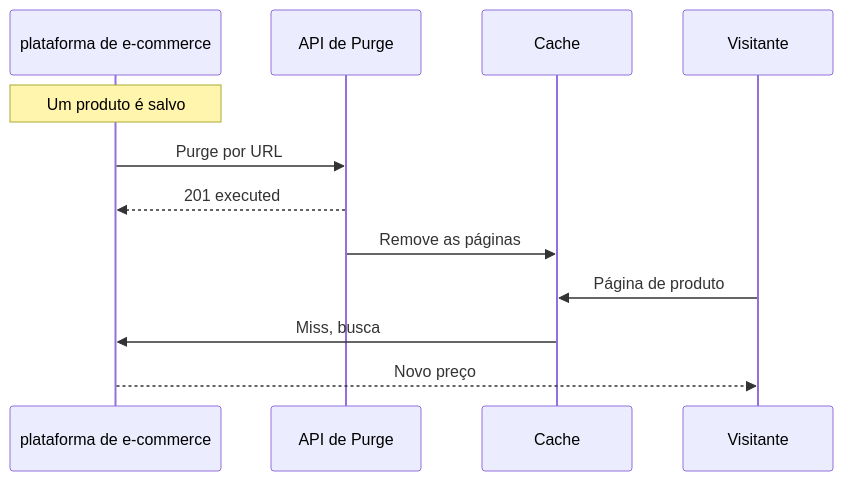
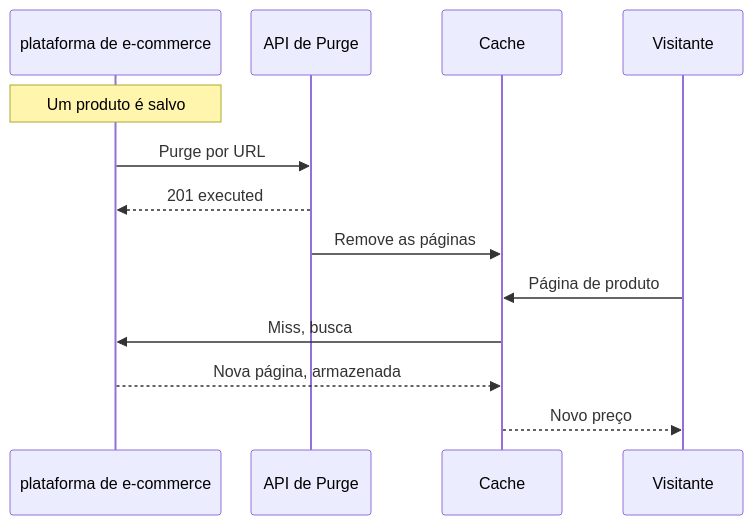
One commit to aziontech/docs changed the third of 3 diagrams in apps/docs/src/content/docs/pt-br/pages/casos-de-uso/construir-e-executar-aplicacoes/criar-vitrines-de-e-commerce.mdx. Above: the diagram before and after it, drawn with Mermaid. The commit also changed other lines of this file and 55 other files, not shown here.

Commit message:
docs(use-cases): redraw the use-case diagrams with the way back and check their claims (#2509)

````diff
--- a/apps/docs/src/content/docs/pt-br/pages/casos-de-uso/construir-e-executar-aplicacoes/criar-vitrines-de-e-commerce.mdx
+++ b/apps/docs/src/content/docs/pt-br/pages/casos-de-uso/construir-e-executar-aplicacoes/criar-vitrines-de-e-commerce.mdx
@@ -118,15 +131,16 @@
 ```mermaid
-%%{init: {"layout": "dagre", "themeVariables": {"fontSize": "13px"}, "flowchart": {"nodeSpacing": 12, "rankSpacing": 12, "padding": 6, "wrappingWidth": 70, "minNodeWidth": 40, "useMaxWidth": true}}}%%
+%%{init: {"layout": "elk", "themeVariables": {"fontSize": "13px"}, "flowchart": {"nodeSpacing": 24, "rankSpacing": 36, "padding": 8, "wrappingWidth": 150, "useMaxWidth": true}, "sequence": {"width": 120, "actorMargin": 30, "useMaxWidth": true}}}%%
 sequenceDiagram
   participant Store as plataforma de e-commerce
   participant Purge as API de Purge
   participant Cache as Cache
   participant Visitor as Visitante
   Note over Store: Um produto é salvo
   Store->>Purge: Purge por URL
   Purge-->>Store: 201 executed
   Purge->>Cache: Remove as páginas
   Visitor->>Cache: Página de produto
   Cache->>Store: Miss, busca
-  Store-->>Visitor: Novo preço
+  Store-->>Cache: Nova página, armazenada
+  Cache-->>Visitor: Novo preço
 ```
````
